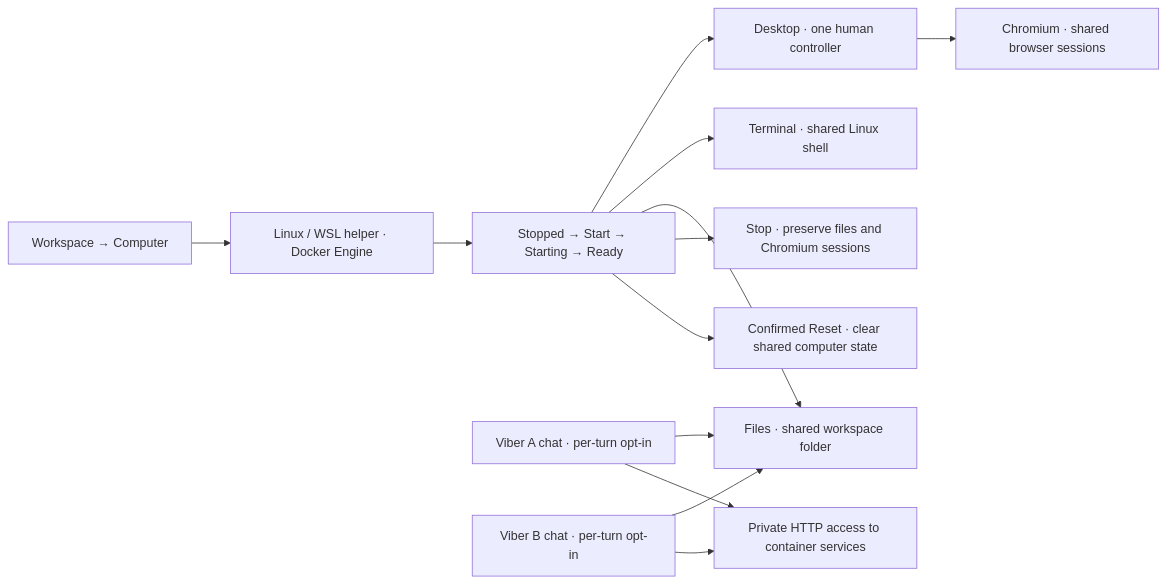
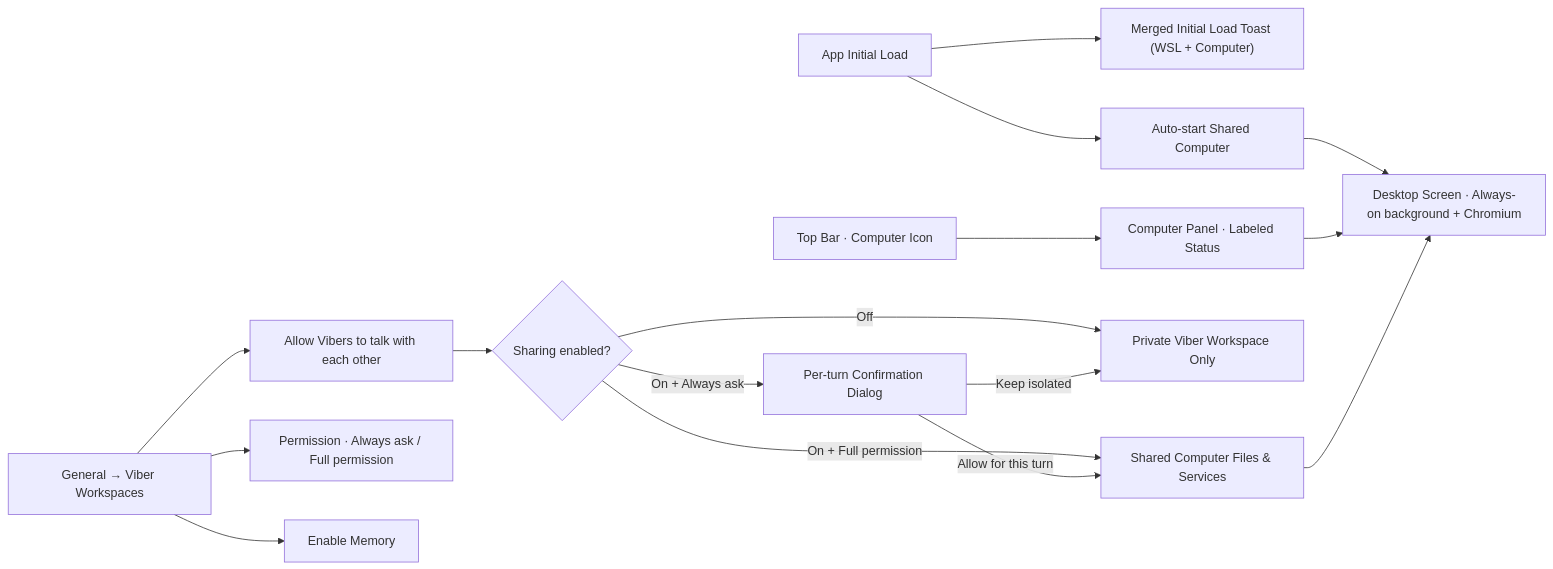
Before and after one commit to akshajrawat/akkco-vibestar: the fourth of 5 diagrams in FEATUREMAP.md, drawn with Mermaid. The commit also changed other lines of this file and 68 other files, not shown here.

Commit message:
Refine Shared Computer and Viber navigation

````diff
--- a/FEATUREMAP.md
+++ b/FEATUREMAP.md
@@ -137,15 +137,18 @@
 ```mermaid
 flowchart LR
-    Computer["Workspace → Computer"] --> Check["Linux / WSL helper · Docker Engine"]
-    Check --> Start["Stopped → Start → Starting → Ready"]
-    Start --> Desktop["Desktop · one human controller"]
-    Start --> Terminal["Terminal · shared Linux shell"]
-    Start --> Files["Files · shared workspace folder"]
-    Desktop --> Chromium["Chromium · shared browser sessions"]
-    ChatA["Viber A chat · per-turn opt-in"] --> Files
-    ChatB["Viber B chat · per-turn opt-in"] --> Files
-    ChatA --> Services["Private HTTP access to container services"]
-    ChatB --> Services
-    Start --> Stop["Stop · preserve files and Chromium sessions"]
-    Start --> Reset["Confirmed Reset · clear shared computer state"]
+    Startup["App Initial Load"] --> BootToast["Merged Initial Load Toast (WSL + Computer)"]
+    Startup --> AutoStart["Auto-start Shared Computer"]
+    TopBar["Top Bar · Computer Icon"] --> Panel["Computer Panel · Labeled Status"]
+    AutoStart --> Desktop["Desktop Screen · Always-on background + Chromium"]
+    Panel --> Desktop
+    Settings["General → Viber Workspaces"] --> AllowTalk["Allow Vibers to talk with each other"]
+    Settings --> Permission["Permission · Always ask / Full permission"]
+    Settings --> Memory["Enable Memory"]
+    AllowTalk --> Gate{"Sharing enabled?"}
+    Gate -- "Off" --> Isolated["Private Viber Workspace Only"]
+    Gate -- "On + Always ask" --> Prompt["Per-turn Confirmation Dialog"]
+    Gate -- "On + Full permission" --> Shared["Shared Computer Files & Services"]
+    Prompt -- "Allow for this turn" --> Shared
+    Prompt -- "Keep isolated" --> Isolated
+    Shared --> Desktop
 ```
````
